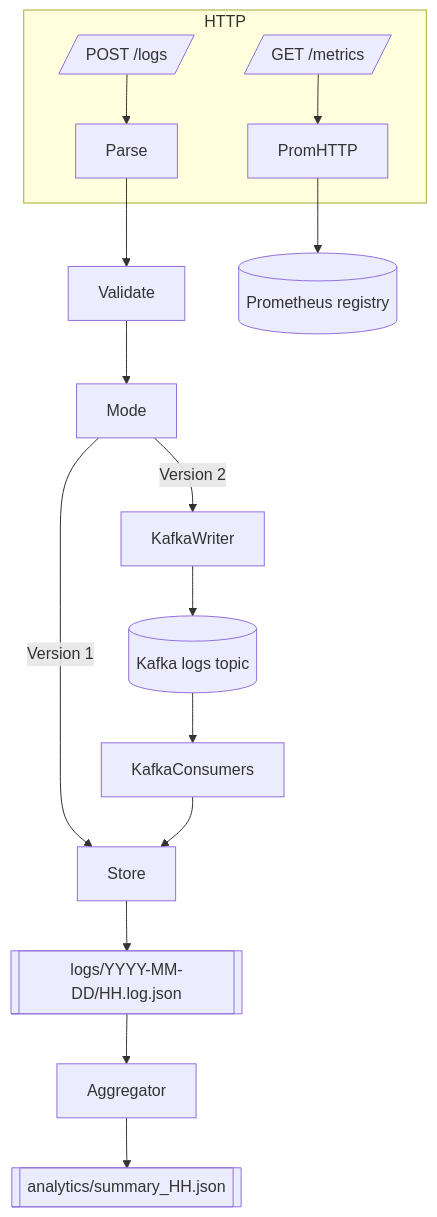
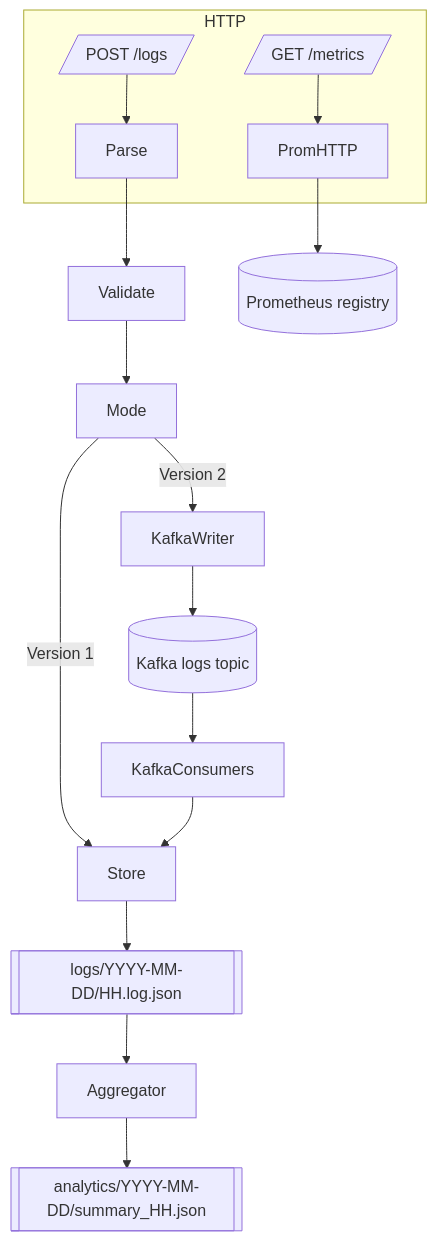
Before and after one commit to lechuhuuha/log_forge: the diagram in README.md, drawn with Mermaid. The commit also changed other lines of this file and 8 other files, not shown here.

````diff
--- a/README.md
+++ b/README.md
@@ -163,19 +163,19 @@
 ```mermaid
 flowchart TD
     subgraph HTTP
         POST[/POST /logs/] --> Parse
         METRICS[/GET /metrics/] --> PromHTTP
     end
 
     Parse --> Validate --> Mode
     Mode -->|Version 1| Store
     Mode -->|Version 2| KafkaWriter
 
     KafkaWriter --> KafkaTopic[(Kafka logs topic)] --> KafkaConsumers
     KafkaConsumers --> Store
 
     Store --> Files[[logs/YYYY-MM-DD/HH.log.json]] --> Aggregator
-    Aggregator --> Analytics[[analytics/summary_HH.json]]
+    Aggregator --> Analytics[[analytics/YYYY-MM-DD/summary_HH.json]]
 
     PromHTTP --> Metrics[(Prometheus registry)]
 ```
````
